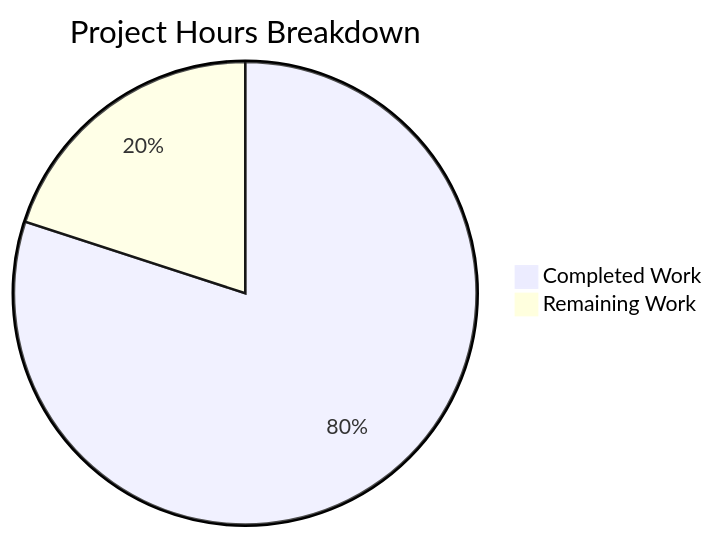
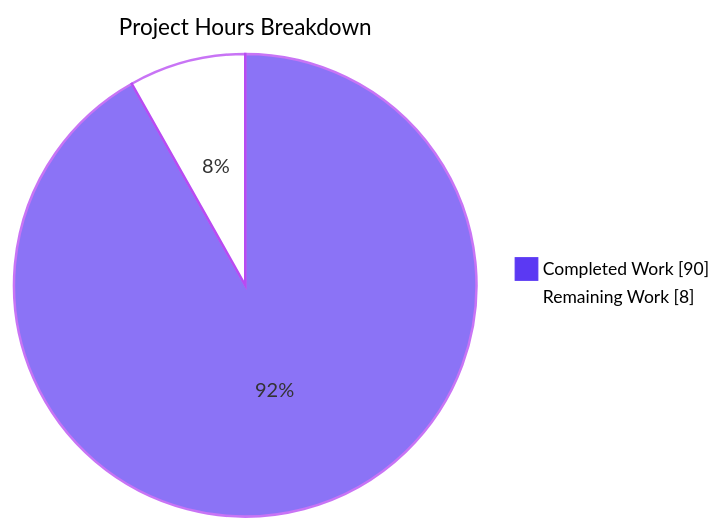
Before and after one commit to TestadoBlitzy/Existing-product: the second of 6 diagrams in blitzy/documentation/Project Guide.md, drawn with Mermaid. The commit also changed other lines of this file, not shown here.

Commit message:
Adding Blitzy Project Guide: Project Status and Human Tasks Remaining

````diff
--- a/blitzy/documentation/Project Guide.md
+++ b/blitzy/documentation/Project Guide.md
@@ -209,5 +350,6 @@
 ```mermaid
-pie title Project Hours Breakdown
-    "Completed Work" : 6
-    "Remaining Work" : 1.5
+%%{init: {"pie": {"textPosition": 0.5}, "themeVariables": {"pieOuterStrokeWidth": "0px", "pie1": "#5B39F3", "pie2": "#FFFFFF", "pieStrokeColor": "#B23AF2", "pieStrokeWidth": "2px", "pieTitleTextSize": "18px", "pieSectionTextSize": "16px", "pieLegendTextSize": "14px"}}}%%
+pie showData title Project Hours Breakdown
+    "Completed Work" : 90
+    "Remaining Work" : 8
 ```
````
